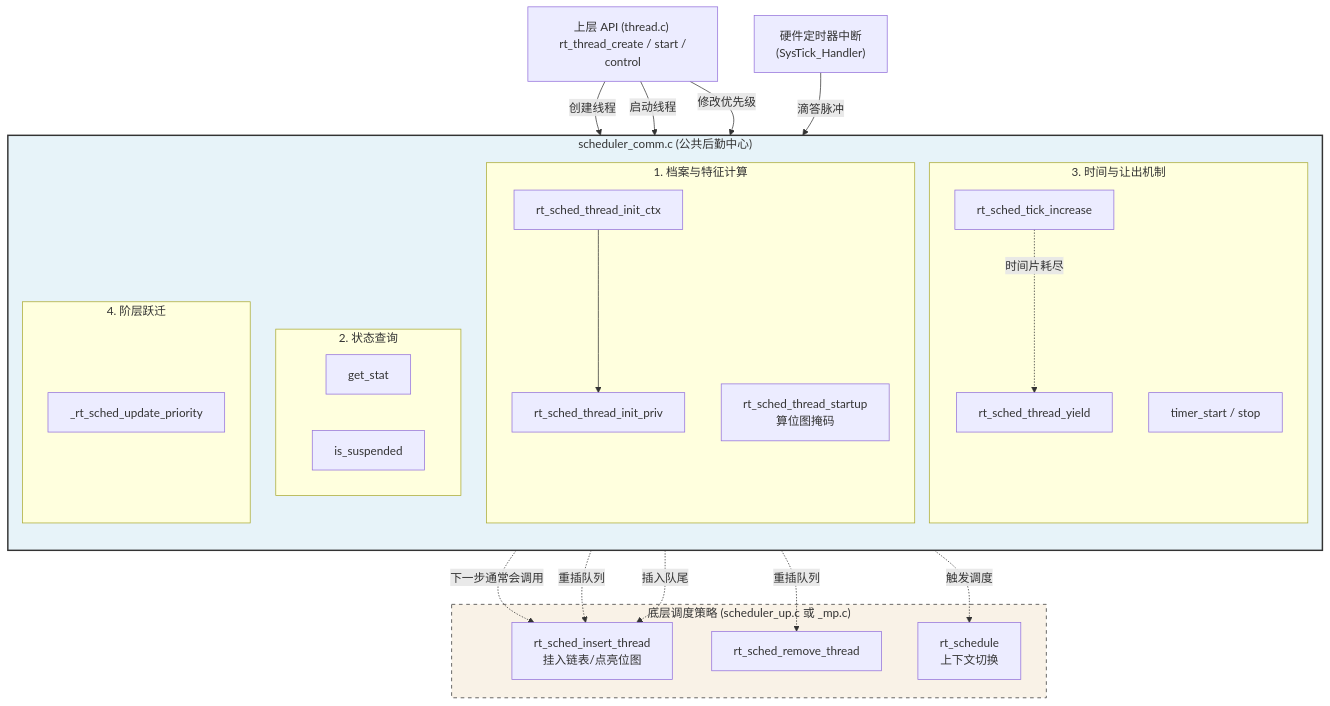
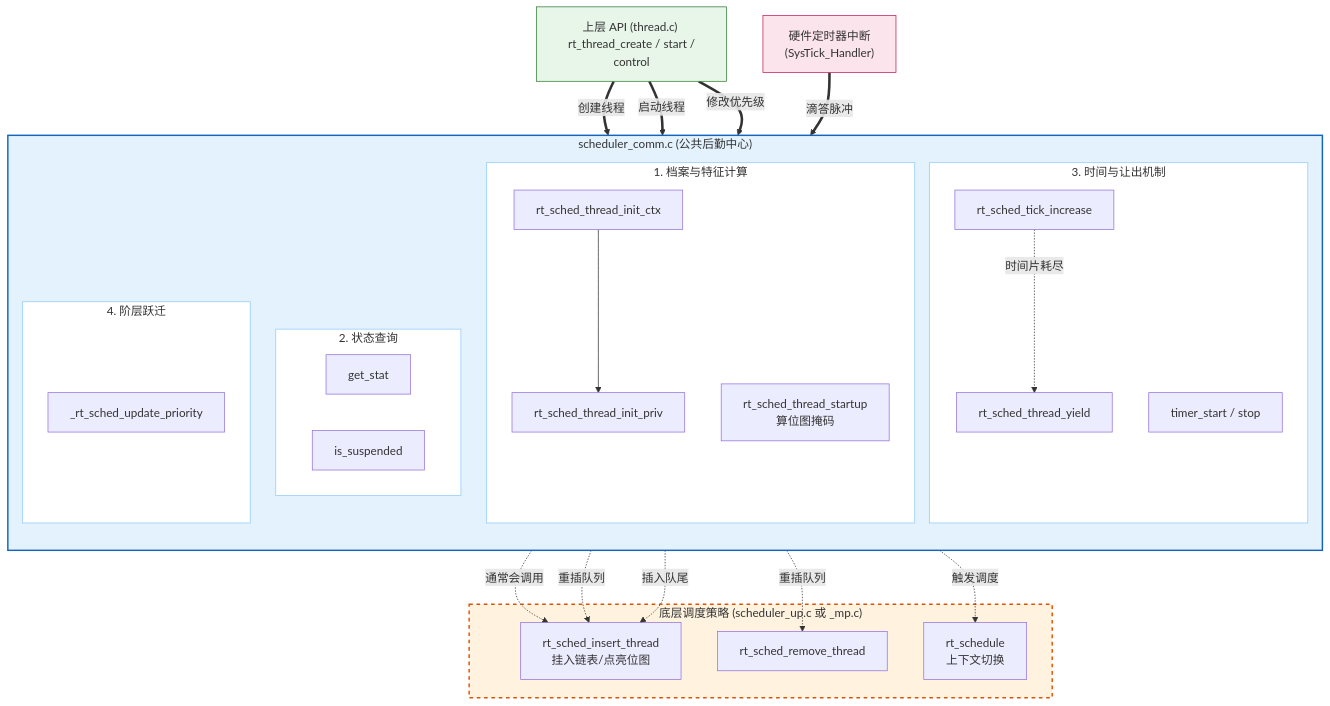
The diagram in 源码阅读/RT-thread源码阅读/6.Scheduler-上层调度.md (chengtao-ct/Flushingbondading_Notes), drawn with Mermaid before and after one commit. The commit also changed other lines of this file and 202 other files, not shown here.

````diff
--- a/源码阅读/RT-thread源码阅读/6.Scheduler-上层调度.md
+++ b/源码阅读/RT-thread源码阅读/6.Scheduler-上层调度.md
@@ -58,60 +58,71 @@
 ```mermaid
 
 graph TD
     %% 外部触发源
-    UserAPI["上层 API (thread.c) <br> rt_thread_create / start / control"]
-    SysTick["硬件定时器中断 <br> (SysTick_Handler)"]
+    UserAPI["上层 API (thread.c) <br/> rt_thread_create / start / control"]
+    SysTick["硬件定时器中断 <br/> (SysTick_Handler)"]
 
-    %% scheduler_comm 内部四大模块
-    subgraph scheduler_comm.c ["scheduler_comm.c (公共后勤中心)"]
+    %% scheduler_comm 内部四大模块 (ID去掉了 .c 避免语法崩溃)
+    subgraph CommCenter ["scheduler_comm.c (公共后勤中心)"]
         direction TB
         
         subgraph Init_Group ["1. 档案与特征计算"]
-            init_ctx[rt_sched_thread_init_ctx]
-            init_priv[rt_sched_thread_init_priv]
-            startup[rt_sched_thread_startup<br>算位图掩码]
+            init_ctx["rt_sched_thread_init_ctx"]
+            init_priv["rt_sched_thread_init_priv"]
+            startup["rt_sched_thread_startup<br/>算位图掩码"]
         end
 
         subgraph State_Group ["2. 状态查询"]
-            get_stat[get_stat]
-            is_susp[is_suspended]
+            get_stat["get_stat"]
+            is_susp["is_suspended"]
         end
 
         subgraph Time_Group ["3. 时间与让出机制"]
-            timer_start[timer_start / stop]
-            yield[rt_sched_thread_yield]
-            tick_inc[rt_sched_tick_increase]
+            timer_start["timer_start / stop"]
+            yield["rt_sched_thread_yield"]
+            tick_inc["rt_sched_tick_increase"]
         end
 
         subgraph Prio_Group ["4. 阶层跃迁"]
-            update_prio[_rt_sched_update_priority]
+            update_prio["_rt_sched_update_priority"]
         end
     end
 
     %% 底层硬件依赖
-    subgraph Bottom_Arch ["底层调度策略 (scheduler_up.c 或 _mp.c)"]
-        insert[rt_sched_insert_thread<br>挂入链表/点亮位图]
-        remove[rt_sched_remove_thread]
-        schedule[rt_schedule<br>上下文切换]
+    subgraph BottomArch ["底层调度策略 (scheduler_up.c 或 _mp.c)"]
+        insert["rt_sched_insert_thread<br/>挂入链表/点亮位图"]
+        remove["rt_sched_remove_thread"]
+        schedule["rt_schedule<br/>上下文切换"]
     end
 
-    %% 连线关系
-    UserAPI -->|创建线程| init_ctx
+    %% ================= 连线关系 =================
+    UserAPI ==>|创建线程| init_ctx
     init_ctx --> init_priv
-    UserAPI -->|启动线程| startup
-    UserAPI -->|修改优先级| update_prio
-    SysTick -->|滴答脉冲| tick_inc
+    UserAPI ==>|启动线程| startup
+    UserAPI ==>|修改优先级| update_prio
+    SysTick ==>|滴答脉冲| tick_inc
 
     tick_inc -.->|时间片耗尽| yield
     tick_inc -.->|触发调度| schedule
     
-    startup -.->|下一步通常会调用| insert
+    startup -.->|通常会调用| insert
     update_prio -.->|重插队列| remove
     update_prio -.->|重插队列| insert
     yield -.->|插入队尾| insert
 
-    classDef comm_file fill:#e7f3f9,stroke:#333,stroke-width:2px;
-    class scheduler_comm.c comm_file;
-    classDef bottom fill:#f9f2e7,stroke:#333,stroke-width:1px,stroke-dasharray: 5 5;
-    class Bottom_Arch bottom;
+    %% ================= 样式美化 =================
+    %% 给大外框上色 (直接使用 style 非常安全)
+    style CommCenter fill:#e3f2fd,stroke:#1565c0,stroke-width:2px
+    style BottomArch fill:#fff3e0,stroke:#e65100,stroke-width:2px,stroke-dasharray: 5 5
+    
+    %% 给外部触发节点上色
+    style UserAPI fill:#e8f5e9,stroke:#2e7d32
+    style SysTick fill:#fce4ec,stroke:#c2185b
+    
+    %% 给内部小分组上色区分
+    style Init_Group fill:#ffffff,stroke:#90caf9
+    style State_Group fill:#ffffff,stroke:#90caf9
+    style Time_Group fill:#ffffff,stroke:#90caf9
+    style Prio_Group fill:#ffffff,stroke:#90caf9
+
 ```
````
